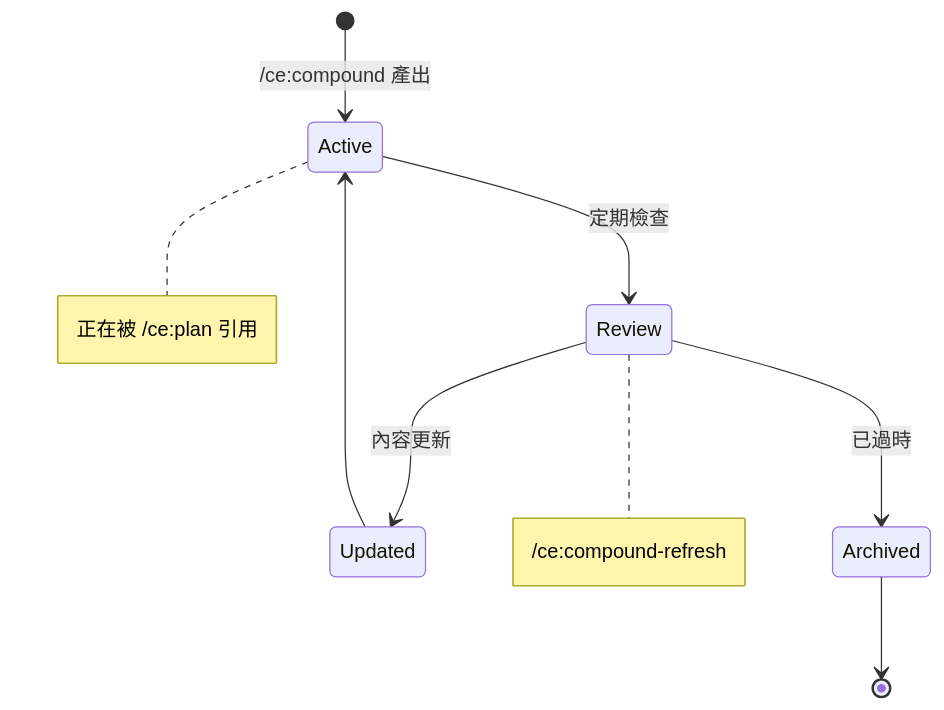
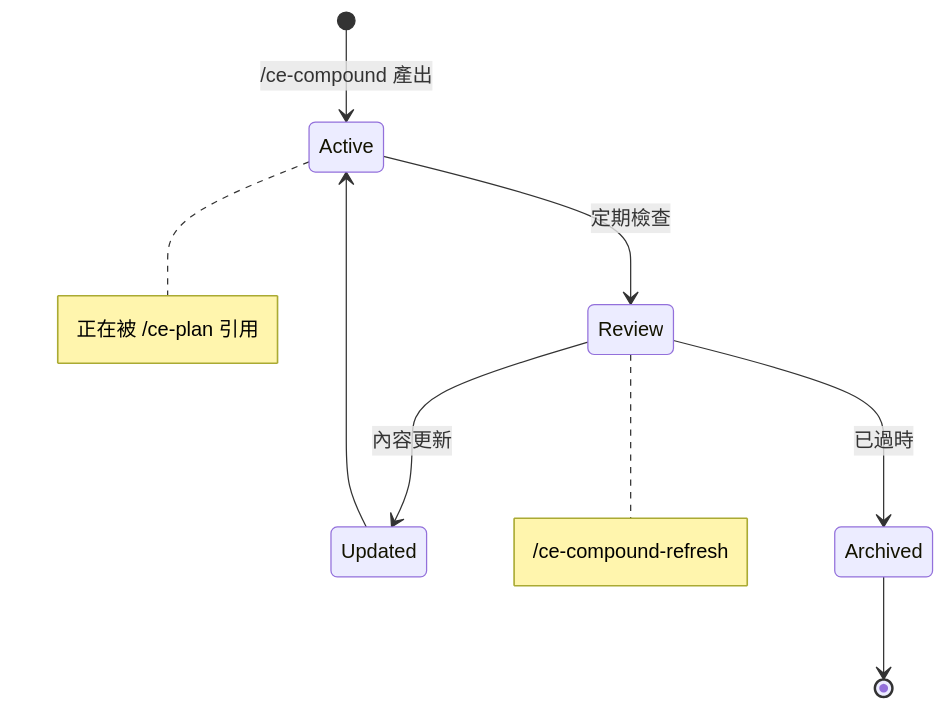
Before and after one commit to chihhung/Blog: diagram 11 of 14 in content/posts/教學/AI開發/Compound Engineering 教學手冊.md, drawn with Mermaid. The commit also changed other lines of this file and 22 other files, not shown here.

````diff
--- a/content/posts/教學/AI開發/Compound Engineering 教學手冊.md
+++ b/content/posts/教學/AI開發/Compound Engineering 教學手冊.md
@@ -1427,16 +1559,16 @@
 ```mermaid
 stateDiagram-v2
-    [*] --> Active: /ce:compound 產出
+    [*] --> Active: /ce-compound 產出
     Active --> Review: 定期檢查
     Review --> Updated: 內容更新
     Review --> Archived: 已過時
     Updated --> Active
     Archived --> [*]
 
     note right of Active
-        正在被 /ce:plan 引用
+        正在被 /ce-plan 引用
     end note
     note right of Review
-        /ce:compound-refresh
+        /ce-compound-refresh
     end note
 ```
````
